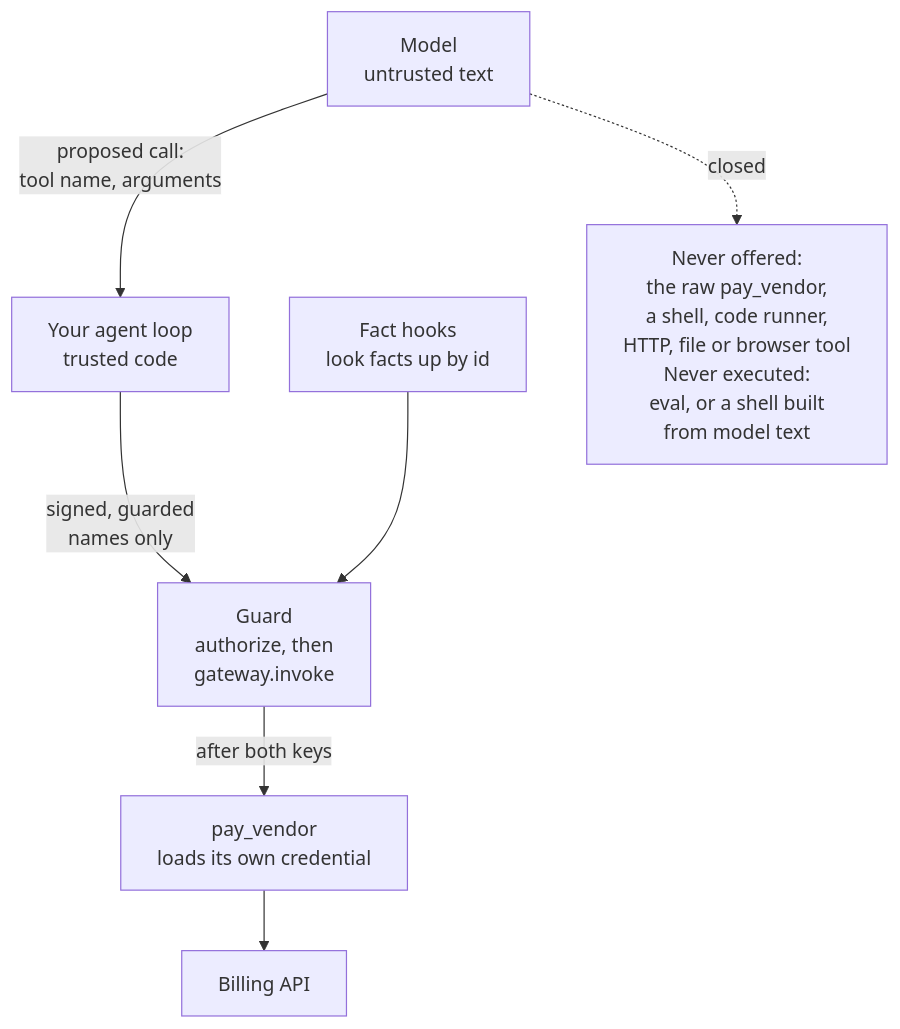
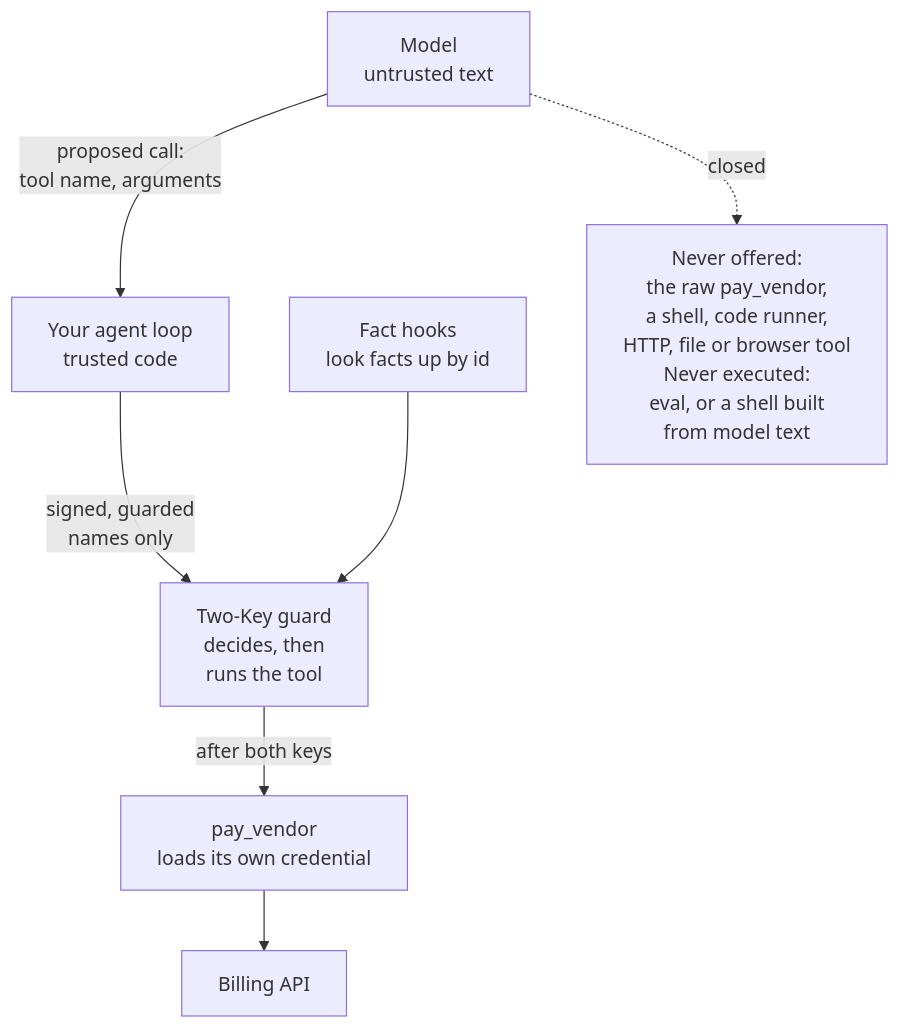
One commit to Insomniac-VibeLabs/two-key changed the fourth of 5 diagrams in docs/CONNECTING.md. Above: the diagram before and after it, drawn with Mermaid. The commit also changed 7 other files, not shown here.

First line of the commit message:
Docs: diagram labels use plain words instead of code names

````diff
--- a/docs/CONNECTING.md
+++ b/docs/CONNECTING.md
@@ -359,9 +359,9 @@
 ```mermaid
 flowchart TD
   model["Model<br/>untrusted text"] -- "proposed call:<br/>tool name, arguments" --> app["Your agent loop<br/>trusted code"]
-  app -- "signed, guarded<br/>names only" --> guard["Guard<br/>authorize, then<br/>gateway.invoke"]
+  app -- "signed, guarded<br/>names only" --> guard["Two-Key guard<br/>decides, then<br/>runs the tool"]
   hooks["Fact hooks<br/>look facts up by id"] --> guard
   guard -- "after both keys" --> fn["pay_vendor<br/>loads its own credential"]
   fn --> api["Billing API"]
   model -. "closed" .-> never["Never offered:<br/>the raw pay_vendor,<br/>a shell, code runner,<br/>HTTP, file or browser tool<br/>Never executed:<br/>eval, or a shell built<br/>from model text"]
 ```
````
